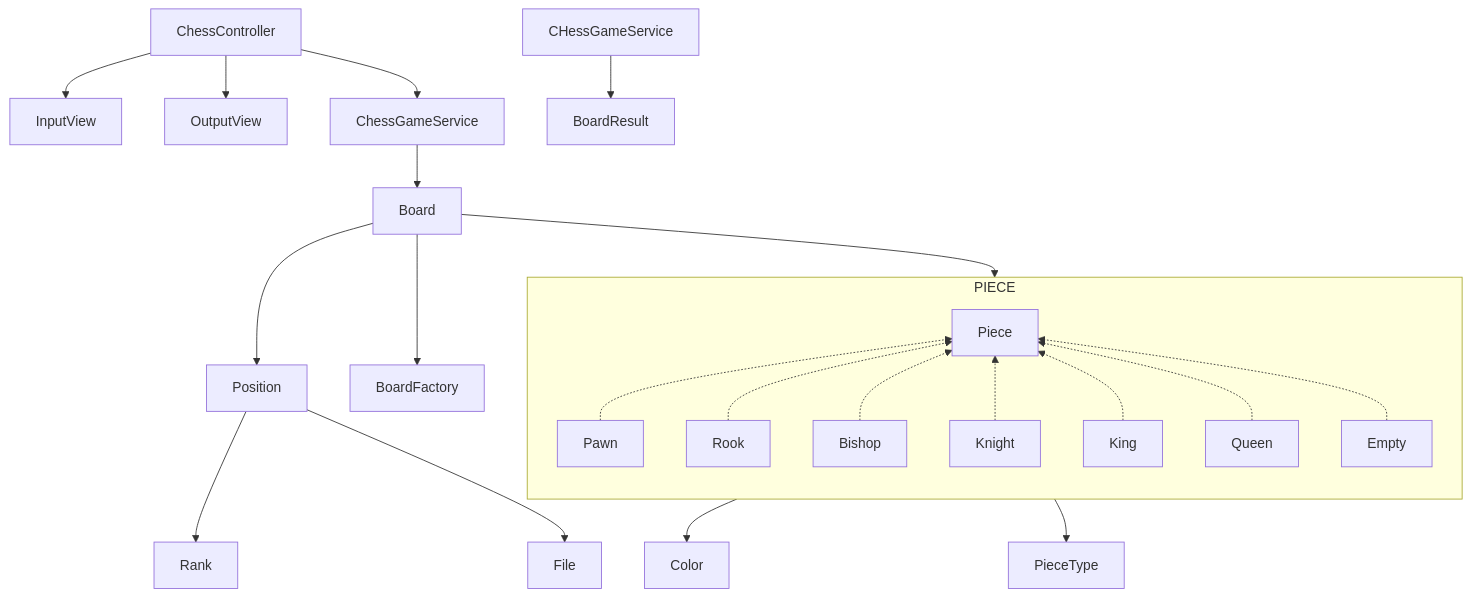
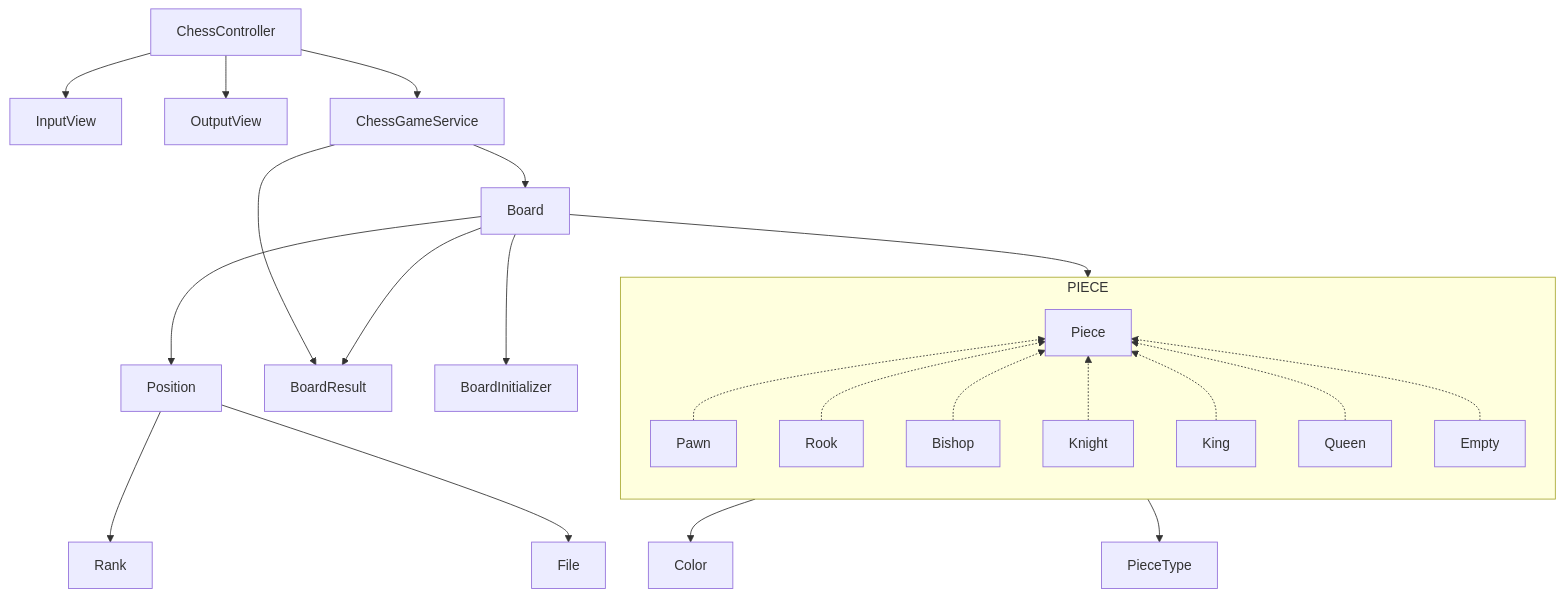
Before and after one commit to woowacourse/java-chess: the diagram in README.md, drawn with Mermaid.

Commit message:
docs: 기능명세서 업데이트

````diff
--- a/README.md
+++ b/README.md
@@ -57,31 +57,32 @@
 ```mermaid
 graph TD
     ChessController --> InputView
     ChessController --> OutputView
 
     ChessController --> ChessGameService
     
     ChessGameService --> Board
-    CHessGameService --> BoardResult
+    ChessGameService --> BoardResult
     
-    Board --> BoardFactory
-
-    Position --> Rank
-    Position --> File
+    Board --> BoardResult
+    Board --> BoardInitializer
 
     Board --> Position
     Board --> PIECE
     PIECE --> Color
     PIECE --> PieceType
-
+    
+    Position --> Rank
+    Position --> File
+    
     subgraph PIECE
         direction BT
         Pawn -.-> Piece
         Rook -.-> Piece
         Bishop -.-> Piece
         Knight -.-> Piece
         King -.-> Piece
         Queen -.-> Piece
         Empty -.-> Piece
     end
 ```
````
